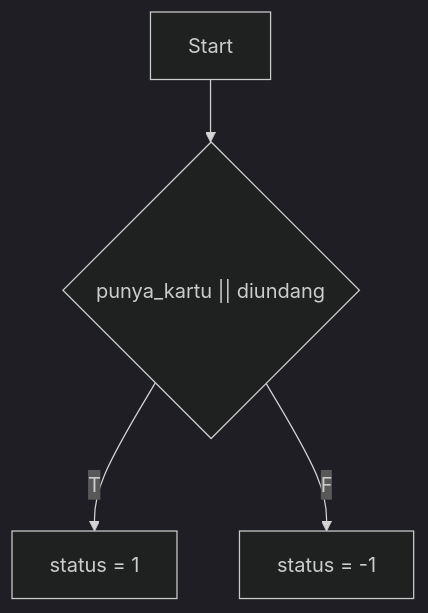
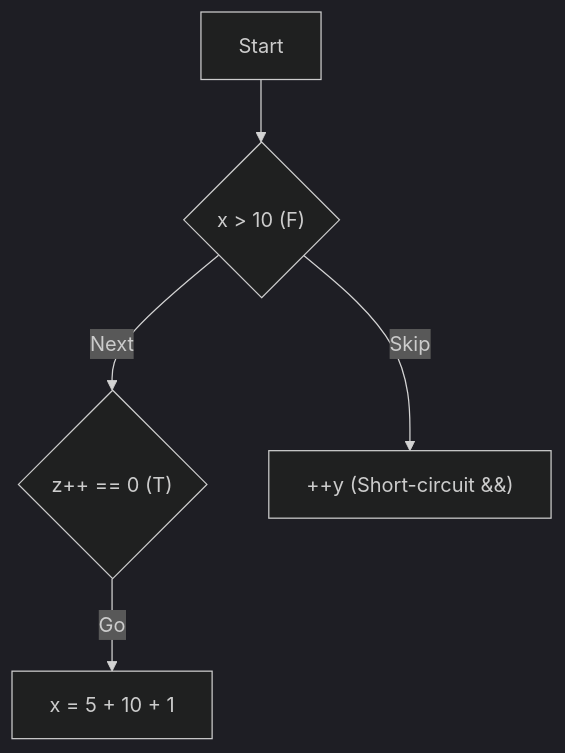
One commit to amnahwaida/OSNK_INF_PREP changed the first of 2 diagrams in part-c-pemahaman-cpp/02-percabangan/latihan/set-01.md. Above: the diagram before and after it, drawn with Mermaid (dark theme). The commit also changed other lines of this file, not shown here.

Commit message:
Overhaul Percabangan Set 01 to Elite/God-Tier with complex short-circuit and waterfall traps

````diff
--- a/part-c-pemahaman-cpp/02-percabangan/latihan/set-01.md
+++ b/part-c-pemahaman-cpp/02-percabangan/latihan/set-01.md
@@ -33,6 +30,7 @@
-```mermaid
-graph TD
-Start --> A{"punya_kartu || diundang"}
-A -- T --> B["status = 1"]
-A -- F --> C["status = -1"]
-```
+ ```mermaid
+ graph TD
+ Start --> A{"x > 10 (F)"}
+ A -- Next --> B{"z++ == 0 (T)"}
+ A -- Skip --> C["++y (Short-circuit &&)"]
+ B -- Go --> D["x = 5 + 10 + 1"]
+ ```
````
